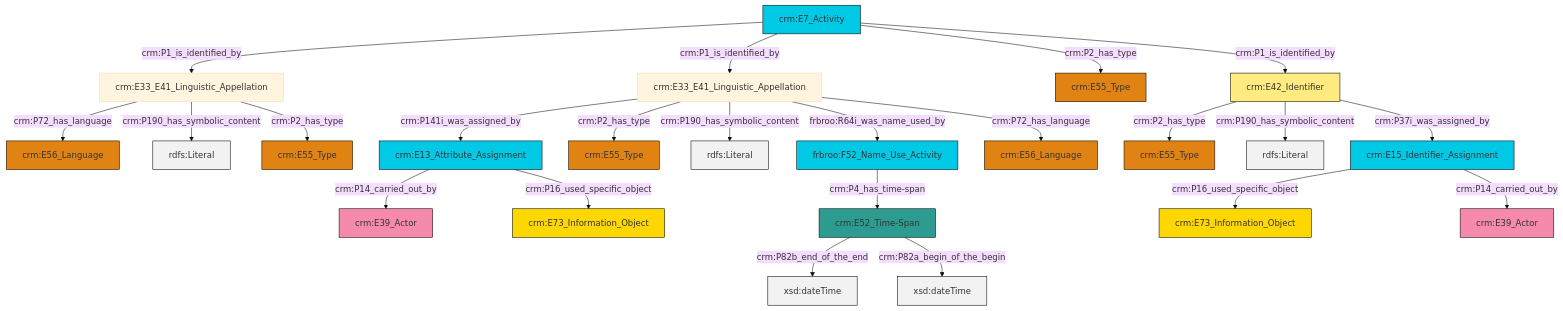
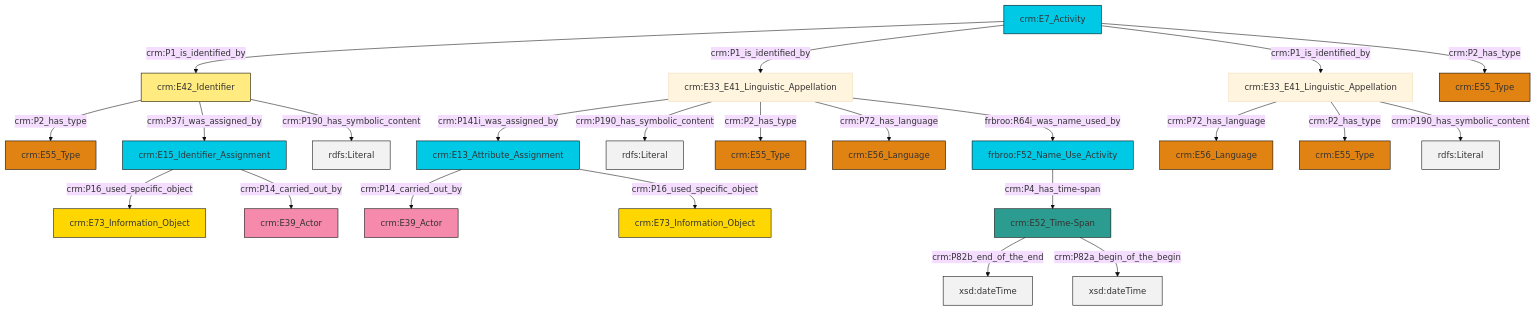
Before and after one commit to swiss-art-research-net/docs.swissartresearch: the diagram in et/eventCSV/ttl/mmd/event_name.ttl.mmd, drawn with Mermaid (base theme). The commit also changed 172 other files, not shown here.

```diff
--- a/et/eventCSV/ttl/mmd/event_name.ttl.mmd
+++ b/et/eventCSV/ttl/mmd/event_name.ttl.mmd
@@ -1,37 +1,37 @@
 graph TD
 classDef Literal fill:#f2f2f2,stroke:#000000;
 classDef CRM_Entity fill:#FFFFFF,stroke:#000000;
 classDef Temporal_Entity fill:#00C9E6, stroke:#000000;
 classDef Type fill:#E18312, stroke:#000000;
 classDef Time-Span fill:#2C9C91, stroke:#000000;
 classDef Appellation fill:#FFEB7F, stroke:#000000;
 classDef Place fill:#008836, stroke:#000000;
 classDef Persistent_Item fill:#B266B2, stroke:#000000;
 classDef Conceptual_Object fill:#FFD700, stroke:#000000;
 classDef Physical_Thing fill:#D2B48C, stroke:#000000;
 classDef Actor fill:#f58aad, stroke:#000000;
 classDef PC_Classes fill:#4ce600, stroke:#000000;
 classDef Multi fill:#cccccc,stroke:#000000;
 
-0["crm:E13_Attribute_Assignment"]:::Temporal_Entity -->|crm:P14_carried_out_by| 1["crm:E39_Actor"]:::Actor
-2["crm:E7_Activity"]:::Temporal_Entity -->|crm:P1_is_identified_by| 3["crm:E33_E41_Linguistic_Appellation"]:::Default
-10["crm:E15_Identifier_Assignment"]:::Temporal_Entity -->|crm:P16_used_specific_object| 11["crm:E73_Information_Object"]:::Conceptual_Object
-12["crm:E33_E41_Linguistic_Appellation"]:::Default -->|crm:P141i_was_assigned_by| 0["crm:E13_Attribute_Assignment"]:::Temporal_Entity
-2["crm:E7_Activity"]:::Temporal_Entity -->|crm:P1_is_identified_by| 12["crm:E33_E41_Linguistic_Appellation"]:::Default
-12["crm:E33_E41_Linguistic_Appellation"]:::Default -->|crm:P2_has_type| 8["crm:E55_Type"]:::Type
-2["crm:E7_Activity"]:::Temporal_Entity -->|crm:P2_has_type| 13["crm:E55_Type"]:::Type
-12["crm:E33_E41_Linguistic_Appellation"]:::Default -->|crm:P190_has_symbolic_content| 14[rdfs:Literal]:::Literal
-15["crm:E42_Identifier"]:::Appellation -->|crm:P2_has_type| 16["crm:E55_Type"]:::Type
-12["crm:E33_E41_Linguistic_Appellation"]:::Default -->|frbroo:R64i_was_name_used_by| 20["frbroo:F52_Name_Use_Activity"]:::Temporal_Entity
-0["crm:E13_Attribute_Assignment"]:::Temporal_Entity -->|crm:P16_used_specific_object| 22["crm:E73_Information_Object"]:::Conceptual_Object
-23["crm:E52_Time-Span"]:::Time-Span -->|crm:P82b_end_of_the_end| 24[xsd:dateTime]:::Literal
-15["crm:E42_Identifier"]:::Appellation -->|crm:P190_has_symbolic_content| 26[rdfs:Literal]:::Literal
-2["crm:E7_Activity"]:::Temporal_Entity -->|crm:P1_is_identified_by| 15["crm:E42_Identifier"]:::Appellation
-3["crm:E33_E41_Linguistic_Appellation"]:::Default -->|crm:P72_has_language| 17["crm:E56_Language"]:::Type
-20["frbroo:F52_Name_Use_Activity"]:::Temporal_Entity -->|crm:P4_has_time-span| 23["crm:E52_Time-Span"]:::Time-Span
-10["crm:E15_Identifier_Assignment"]:::Temporal_Entity -->|crm:P14_carried_out_by| 6["crm:E39_Actor"]:::Actor
-23["crm:E52_Time-Span"]:::Time-Span -->|crm:P82a_begin_of_the_begin| 40[xsd:dateTime]:::Literal
-15["crm:E42_Identifier"]:::Appellation -->|crm:P37i_was_assigned_by| 10["crm:E15_Identifier_Assignment"]:::Temporal_Entity
-3["crm:E33_E41_Linguistic_Appellation"]:::Default -->|crm:P190_has_symbolic_content| 41[rdfs:Literal]:::Literal
-12["crm:E33_E41_Linguistic_Appellation"]:::Default -->|crm:P72_has_language| 30["crm:E56_Language"]:::Type
-3["crm:E33_E41_Linguistic_Appellation"]:::Default -->|crm:P2_has_type| 4["crm:E55_Type"]:::Type
+16["crm:E52_Time-Span"]:::Time-Span -->|crm:P82b_end_of_the_end| 17[xsd:dateTime]:::Literal
+21["crm:E7_Activity"]:::Temporal_Entity -->|crm:P1_is_identified_by| 22["crm:E42_Identifier"]:::Appellation
+23["crm:E13_Attribute_Assignment"]:::Temporal_Entity -->|crm:P14_carried_out_by| 0["crm:E39_Actor"]:::Actor
+10["crm:E33_E41_Linguistic_Appellation"]:::Default -->|crm:P141i_was_assigned_by| 23["crm:E13_Attribute_Assignment"]:::Temporal_Entity
+22["crm:E42_Identifier"]:::Appellation -->|crm:P2_has_type| 6["crm:E55_Type"]:::Type
+10["crm:E33_E41_Linguistic_Appellation"]:::Default -->|crm:P190_has_symbolic_content| 25[rdfs:Literal]:::Literal
+14["frbroo:F52_Name_Use_Activity"]:::Temporal_Entity -->|crm:P4_has_time-span| 16["crm:E52_Time-Span"]:::Time-Span
+10["crm:E33_E41_Linguistic_Appellation"]:::Default -->|crm:P2_has_type| 12["crm:E55_Type"]:::Type
+16["crm:E52_Time-Span"]:::Time-Span -->|crm:P82a_begin_of_the_begin| 26[xsd:dateTime]:::Literal
+23["crm:E13_Attribute_Assignment"]:::Temporal_Entity -->|crm:P16_used_specific_object| 27["crm:E73_Information_Object"]:::Conceptual_Object
+28["crm:E33_E41_Linguistic_Appellation"]:::Default -->|crm:P72_has_language| 8["crm:E56_Language"]:::Type
+21["crm:E7_Activity"]:::Temporal_Entity -->|crm:P1_is_identified_by| 10["crm:E33_E41_Linguistic_Appellation"]:::Default
+21["crm:E7_Activity"]:::Temporal_Entity -->|crm:P1_is_identified_by| 28["crm:E33_E41_Linguistic_Appellation"]:::Default
+28["crm:E33_E41_Linguistic_Appellation"]:::Default -->|crm:P2_has_type| 29["crm:E55_Type"]:::Type
+2["crm:E15_Identifier_Assignment"]:::Temporal_Entity -->|crm:P16_used_specific_object| 4["crm:E73_Information_Object"]:::Conceptual_Object
+28["crm:E33_E41_Linguistic_Appellation"]:::Default -->|crm:P190_has_symbolic_content| 33[rdfs:Literal]:::Literal
+22["crm:E42_Identifier"]:::Appellation -->|crm:P37i_was_assigned_by| 2["crm:E15_Identifier_Assignment"]:::Temporal_Entity
+22["crm:E42_Identifier"]:::Appellation -->|crm:P190_has_symbolic_content| 38[rdfs:Literal]:::Literal
+10["crm:E33_E41_Linguistic_Appellation"]:::Default -->|crm:P72_has_language| 19["crm:E56_Language"]:::Type
+21["crm:E7_Activity"]:::Temporal_Entity -->|crm:P2_has_type| 34["crm:E55_Type"]:::Type
+10["crm:E33_E41_Linguistic_Appellation"]:::Default -->|frbroo:R64i_was_name_used_by| 14["frbroo:F52_Name_Use_Activity"]:::Temporal_Entity
+2["crm:E15_Identifier_Assignment"]:::Temporal_Entity -->|crm:P14_carried_out_by| 36["crm:E39_Actor"]:::Actor
```
